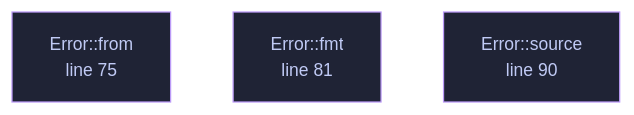
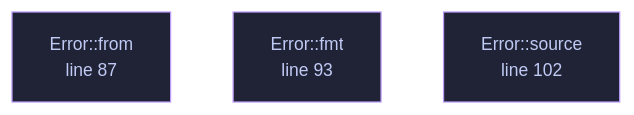
Before and after one commit to tilas01/veilvoice: the diagram in docs/files/veilvoice-video/lib.md, drawn with Mermaid. The commit also changed other lines of this file and 182 other files, not shown here.

````diff
--- a/docs/files/veilvoice-video/lib.md
+++ b/docs/files/veilvoice-video/lib.md
@@ -87,12 +100,12 @@
 ```mermaid
 %%{init: {"theme":"base","themeVariables":{"background":"#1a1b26","primaryColor":"#1f2335","primaryTextColor":"#c0caf5","primaryBorderColor":"#7aa2f7","secondaryColor":"#16161e","tertiaryColor":"#16161e","lineColor":"#737aa2","textColor":"#c0caf5","mainBkg":"#1f2335","nodeBorder":"#7aa2f7","clusterBkg":"#16161e","clusterBorder":"#2f3549","fontFamily":"ui-monospace, SFMono-Regular, Consolas, monospace","fontSize":"14px"}}}%%
 flowchart TD
-    n_from["Error::from<br/>line 75"]
-    n_fmt["Error::fmt<br/>line 81"]
-    n_source["Error::source<br/>line 90"]
-    click n_from href "https://github.com/tilas01/veilvoice/blob/main/crates/veilvoice-video/src/lib.rs#L75" "open the source"
-    click n_fmt href "https://github.com/tilas01/veilvoice/blob/main/crates/veilvoice-video/src/lib.rs#L81" "open the source"
-    click n_source href "https://github.com/tilas01/veilvoice/blob/main/crates/veilvoice-video/src/lib.rs#L90" "open the source"
+    n_from["Error::from<br/>line 87"]
+    n_fmt["Error::fmt<br/>line 93"]
+    n_source["Error::source<br/>line 102"]
+    click n_from href "https://github.com/tilas01/veilvoice/blob/main/crates/veilvoice-video/src/lib.rs#L87" "open the source"
+    click n_fmt href "https://github.com/tilas01/veilvoice/blob/main/crates/veilvoice-video/src/lib.rs#L93" "open the source"
+    click n_source href "https://github.com/tilas01/veilvoice/blob/main/crates/veilvoice-video/src/lib.rs#L102" "open the source"
     classDef helper fill:#1f2335,stroke:#bb9af7,color:#c0caf5
     class n_from,n_fmt,n_source helper
 ```
````
